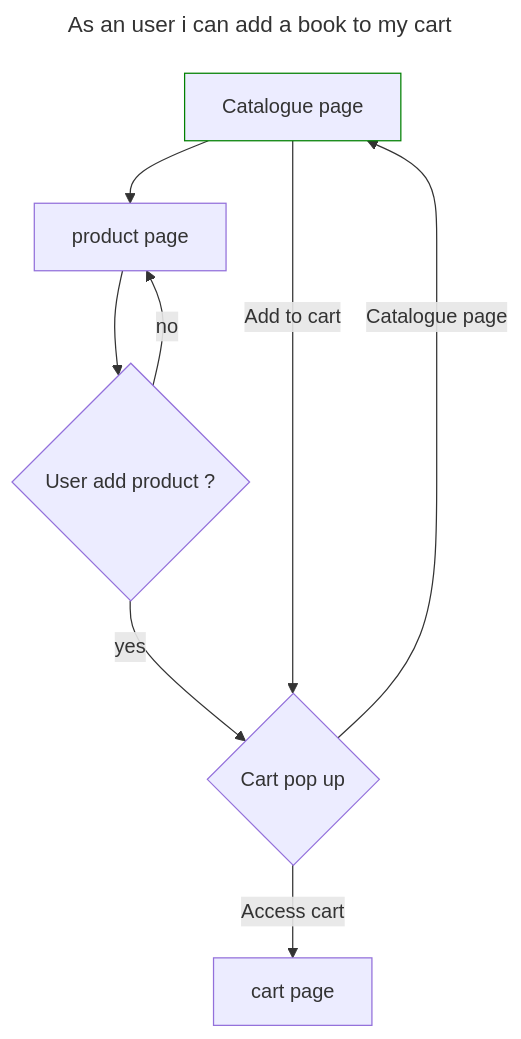
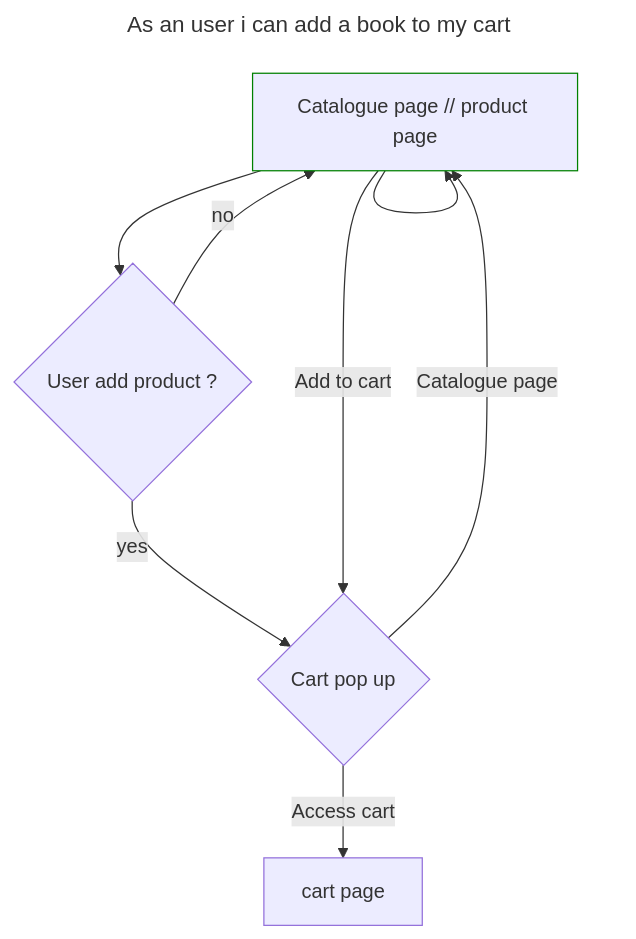
The sixth of 7 diagrams in doc/featuresDiagrams.md (charlyol/ECommerce-SCHA), drawn with Mermaid before and after one commit.

Commit message:
features diagrams

````diff
--- a/doc/featuresDiagrams.md
+++ b/doc/featuresDiagrams.md
@@ -110,22 +110,21 @@
 ```mermaid
 ---
 title : As an user i can add a book to my cart
 ---
 flowchart TB
 
-CP[Catalogue page]
-PRO[product page]
+CP[Catalogue page // product page]
 CAT[cart page]
 CPU{Cart pop up}
 
 TESTADD{User add product ?}
 	
-	PRO-->TESTADD
-	CP --> PRO
+	CP-->TESTADD
+	CP --> CP
 	TESTADD -- yes --> CPU
-	TESTADD -- no --> PRO
+	TESTADD -- no --> CP
 	CPU -- Access cart --> CAT
 	CPU -- Catalogue page --> CP
 	CP -- Add to cart --> CPU
 style CP stroke:green
 ```
````
